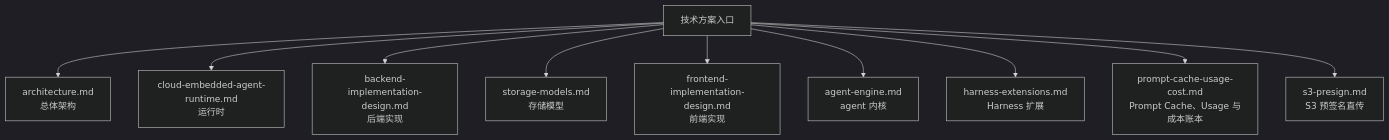
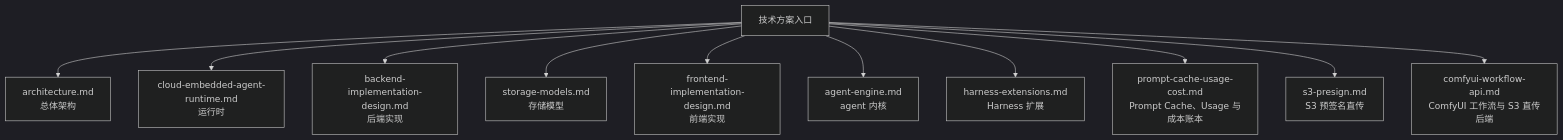
Before and after one commit to fengwk/kk-studio: the diagram in docs/technical-solution/README.md, drawn with Mermaid (dark theme). The commit also changed other lines of this file and 48 other files, not shown here.

````diff
--- a/docs/technical-solution/README.md
+++ b/docs/technical-solution/README.md
@@ -7,13 +7,14 @@
 ```mermaid
 flowchart TD
     A[技术方案入口]
     A --> B[architecture.md<br/>总体架构]
     A --> C[cloud-embedded-agent-runtime.md<br/>运行时]
     A --> D[backend-implementation-design.md<br/>后端实现]
     A --> E[storage-models.md<br/>存储模型]
     A --> F[frontend-implementation-design.md<br/>前端实现]
     A --> G[agent-engine.md<br/>agent 内核]
     A --> H[harness-extensions.md<br/>Harness 扩展]
     A --> I[prompt-cache-usage-cost.md<br/>Prompt Cache、Usage 与成本账本]
     A --> J[s3-presign.md<br/>S3 预签名直传]
+    A --> K[comfyui-workflow-api.md<br/>ComfyUI 工作流与 S3 直传后端]
 ```
````
